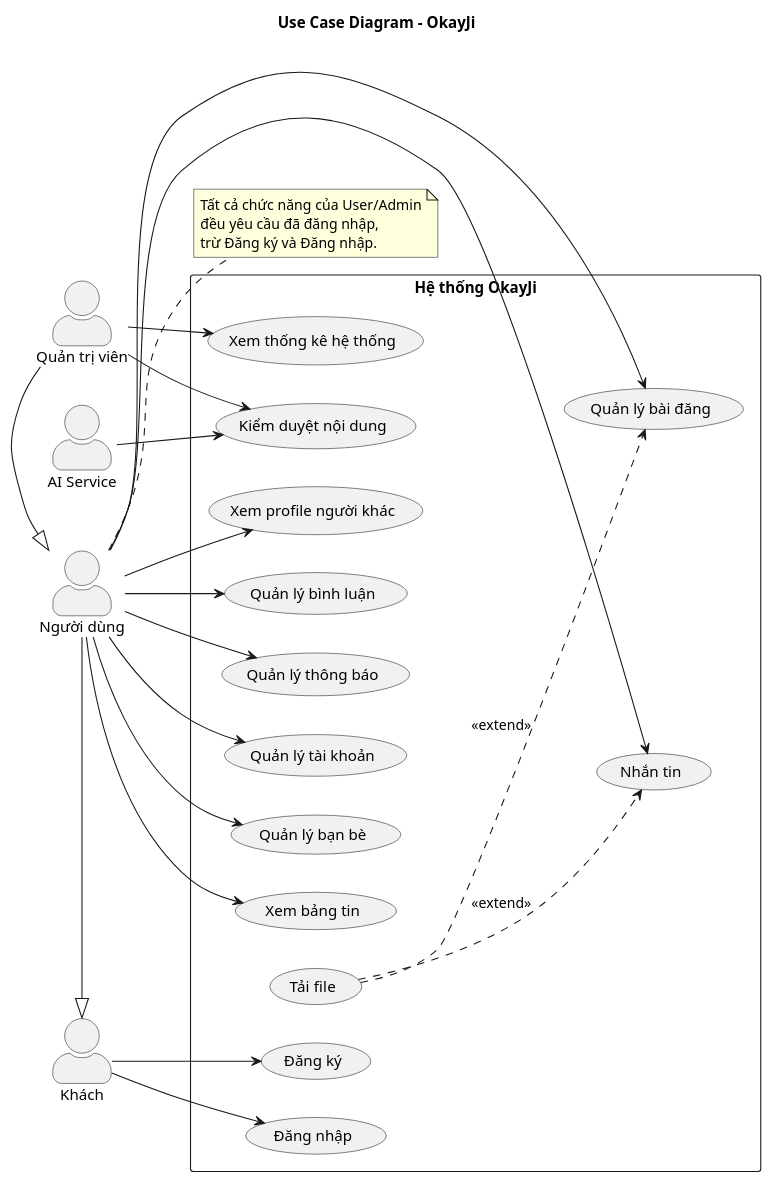
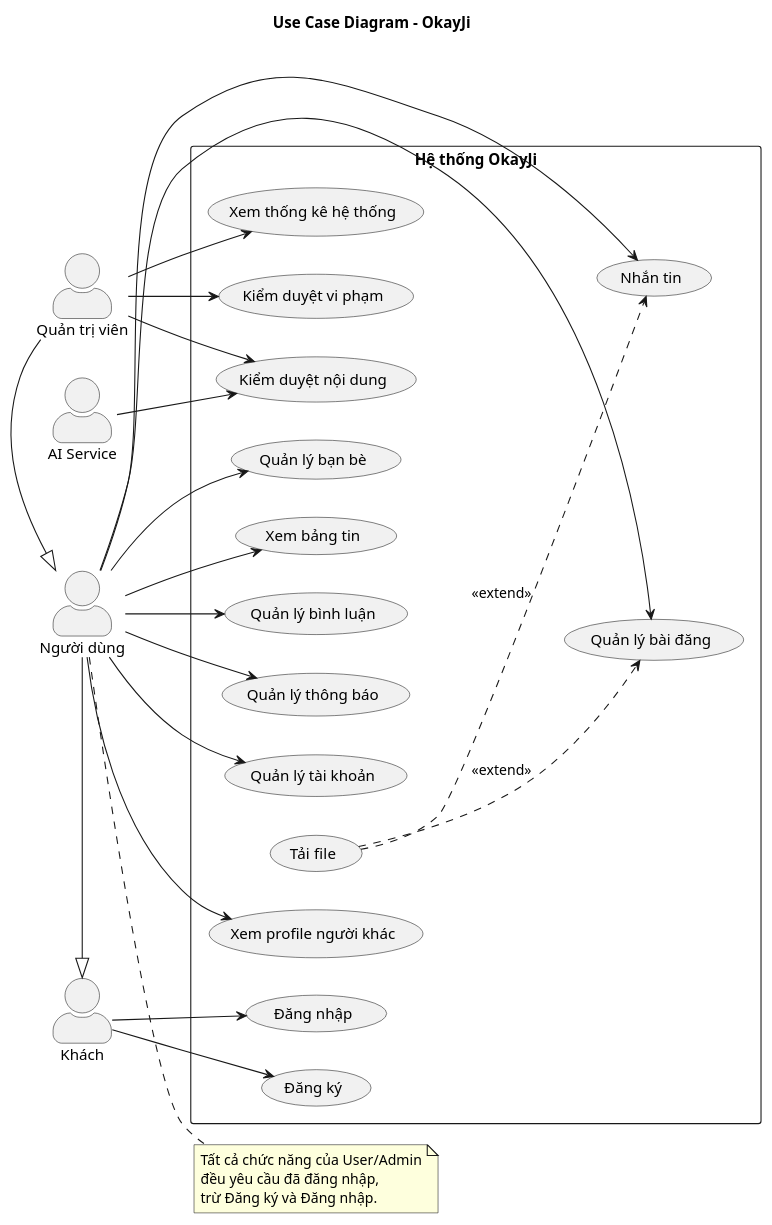
One commit to trantrieuduong/Do-An-NNLTTT changed the diagram in uml/use_case_diagram.puml. Above: the diagram before and after it, drawn with PlantUML. The commit also changed 3 other files, not shown here.

Commit message:
update 3 file README, doc  bổ sung phần tìm kiếm; update use case diagram bổ sung kiểm duyệt vi phạm

```diff
--- a/uml/use_case_diagram.puml
+++ b/uml/use_case_diagram.puml
@@ -1,60 +1,62 @@
 @startuml OkayJi_Use_Case_Diagram
 title Use Case Diagram - OkayJi
 
 left to right direction
 skinparam packageStyle rectangle
 skinparam actorStyle awesome
 
 actor "Khách" as Guest
 actor "Người dùng" as User
 actor "Quản trị viên" as Admin
 actor "AI Service" as AI
 
 User -|> Guest
 Admin -|> User
 
 rectangle "Hệ thống OkayJi" {
   usecase "Đăng ký" as UC_Signup
   usecase "Đăng nhập" as UC_Login
 
   usecase "Quản lý tài khoản" as UC_Account
   usecase "Xem profile người khác" as UC_Discovery
   usecase "Quản lý bạn bè" as UC_Friend
   usecase "Xem bảng tin" as UC_Feed
   usecase "Quản lý bài đăng" as UC_Post
   usecase "Quản lý bình luận" as UC_Comment
   usecase "Nhắn tin" as UC_Chat
   usecase "Quản lý thông báo" as UC_Notification
   usecase "Tải file" as UC_Upload
 
   usecase "Xem thống kê hệ thống" as UC_AdminStats
+  usecase "Kiểm duyệt vi phạm" as UC_AdminReportResolvement
   usecase "Kiểm duyệt nội dung" as UC_Moderate
 }
 
 Guest --> UC_Signup
 Guest --> UC_Login
 
 User --> UC_Account
 User --> UC_Discovery
 User --> UC_Friend
 User --> UC_Feed
 User --> UC_Post
 User --> UC_Comment
 User --> UC_Chat
 User --> UC_Notification
 
 Admin --> UC_AdminStats
+Admin --> UC_AdminReportResolvement
 Admin --> UC_Moderate
 
 AI --> UC_Moderate
 
 UC_Upload ..> UC_Post : <<extend>>
 UC_Upload ..> UC_Chat : <<extend>>
 
 note right of User
   Tất cả chức năng của User/Admin
   đều yêu cầu đã đăng nhập,
   trừ Đăng ký và Đăng nhập.
 end note
 
 @enduml
```
